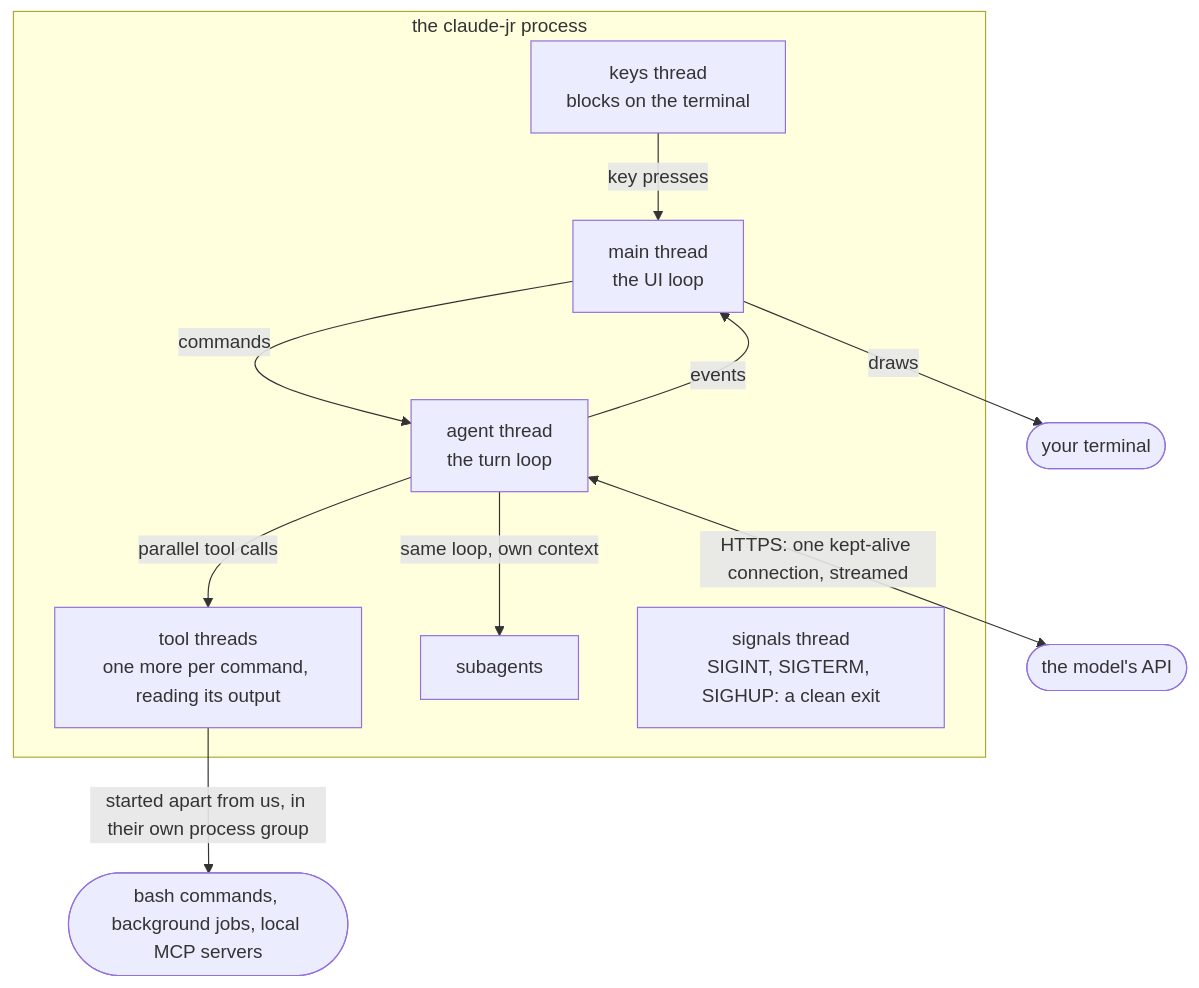
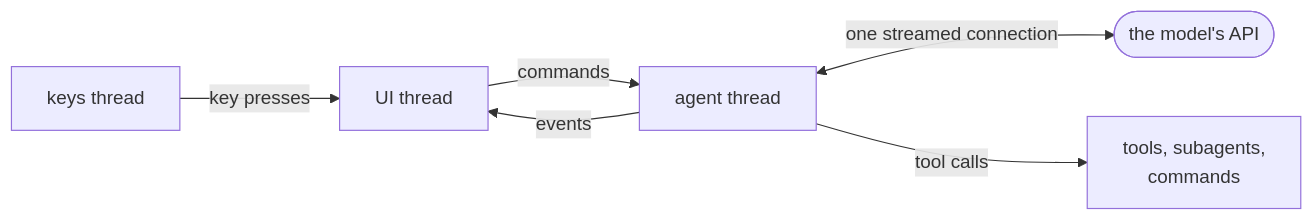
The first of 3 diagrams in docs/ARCHITECTURE.md (IWhitebird/claude-jr), drawn with Mermaid before and after one commit. The commit also changed other lines of this file and 9 other files, not shown here.

First line of the commit message:
The site, checked: one top bar and footer on every page, a short architecture page

````diff
--- a/docs/ARCHITECTURE.md
+++ b/docs/ARCHITECTURE.md
@@ -9,14 +9,8 @@
 ```mermaid
-flowchart TB
-  subgraph process["the claude-jr process"]
-    keys["keys thread<br/>blocks on the terminal"] -- "key presses" --> ui["main thread<br/>the UI loop"]
-    ui -- "commands" --> agent["agent thread<br/>the turn loop"]
-    agent -- "events" --> ui
-    agent -- "parallel tool calls" --> tools["tool threads<br/>one more per command, reading its output"]
-    agent -- "same loop, own context" --> sub["subagents"]
-    signals["signals thread<br/>SIGINT, SIGTERM, SIGHUP: a clean exit"]
-  end
-  ui -- "draws" --> terminal(["your terminal"])
-  agent <-- "HTTPS: one kept-alive connection, streamed" --> api(["the model's API"])
-  tools -- "started apart from us, in their own process group" --> commands(["bash commands, background jobs, local MCP servers"])
+flowchart LR
+  keys["keys thread"] -- "key presses" --> ui["UI thread"]
+  ui -- "commands" --> agent["agent thread"]
+  agent -- "events" --> ui
+  agent <-- "one streamed connection" --> api(["the model's API"])
+  agent -- "tool calls" --> tools["tools, subagents,<br/>commands"]
 ```
````
